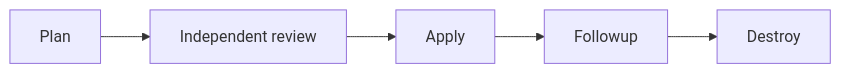
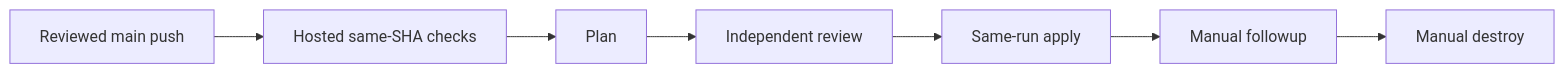
One commit to alvinea28/ws2-azure-delivery-laboratory-07 changed the diagram in .github/steps/02.md. Above: the diagram before and after it, drawn with Mermaid. The commit also changed other lines of this file and 24 other files, not shown here.

Commit message:
feat: teach protected main-push workflow authoring

````diff
--- a/.github/steps/02.md
+++ b/.github/steps/02.md
@@ -15,4 +15,4 @@
 ```mermaid
 flowchart LR
-	P[Plan] --> R[Independent review] --> A[Apply] --> F[Followup] --> D[Destroy]
+	M[Reviewed main push] --> V[Hosted same-SHA checks] --> P[Plan] --> R[Independent review] --> A[Same-run apply] --> F[Manual followup] --> D[Manual destroy]
 ```
````
